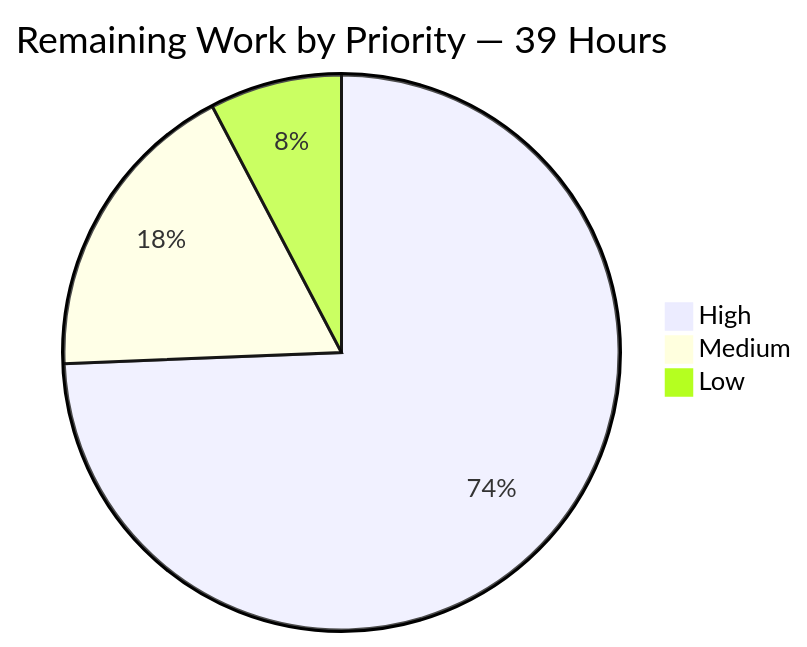
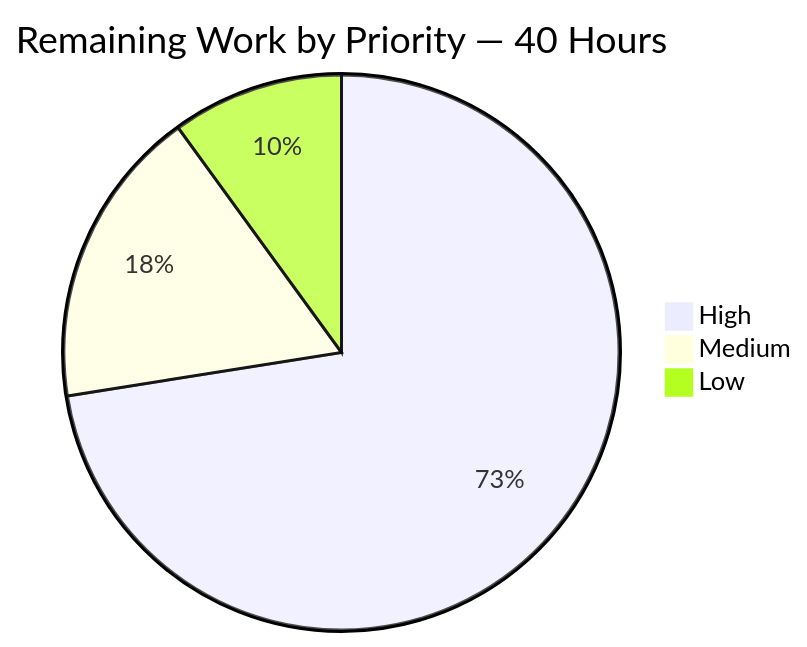
Before and after one commit to Tzadiko/monero: the fourth of 4 diagrams in blitzy/documentation/Project Guide.md, drawn with Mermaid. The commit also changed other lines of this file and 15 other files, not shown here.

````diff
--- a/blitzy/documentation/Project Guide.md
+++ b/blitzy/documentation/Project Guide.md
@@ -1664,6 +1694,6 @@
 ```mermaid
-pie title Remaining Work by Priority — 39 Hours
+pie title Remaining Work by Priority — 40 Hours
     "High" : 29
     "Medium" : 7
-    "Low" : 3
+    "Low" : 4
 ```
````
